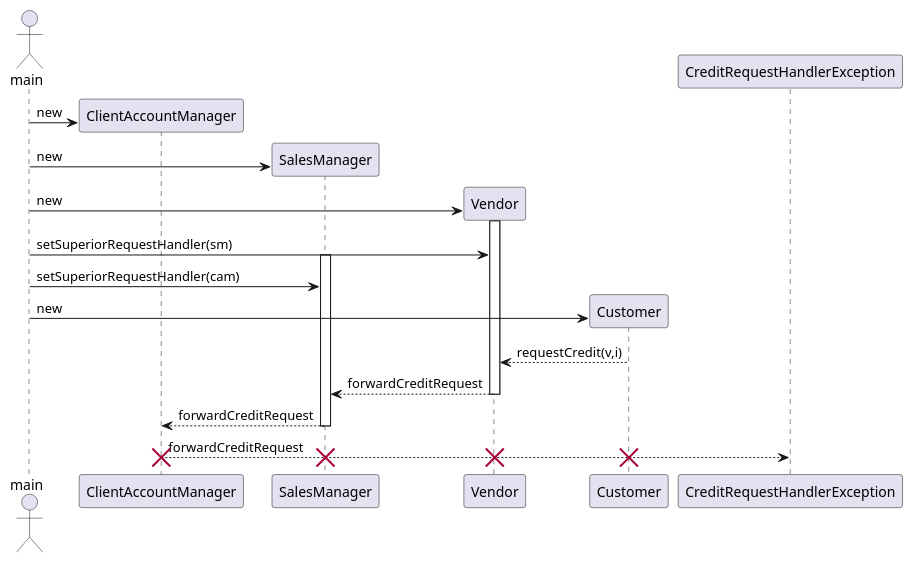
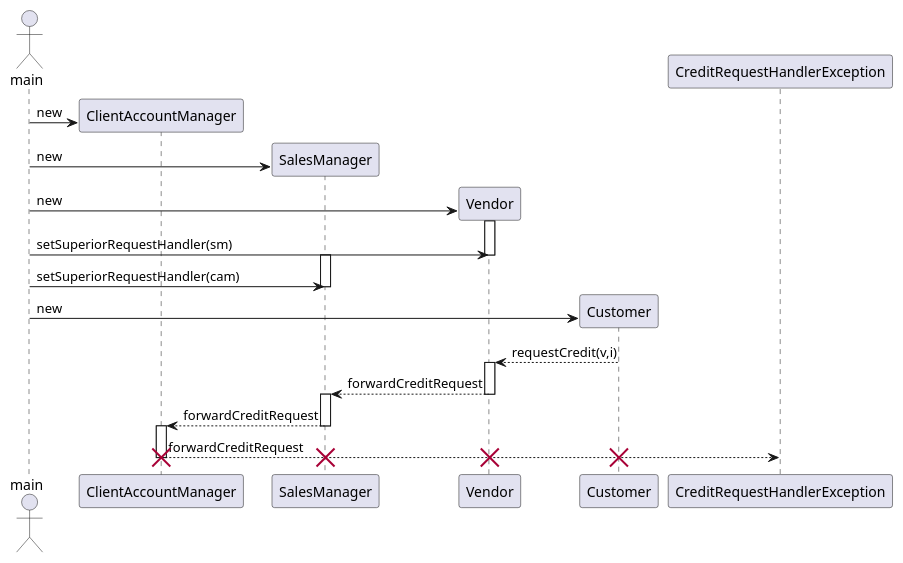
The diagram in ChainOfResponsibility/uml/SequenceDiagram.puml (BeqaKhaburdzania/FreeUni-SDP-2013-Lab-UML), drawn with PlantUML before and after one commit.

Commit message:
#13 update sequence diagram

```diff
--- a/ChainOfResponsibility/uml/SequenceDiagram.puml
+++ b/ChainOfResponsibility/uml/SequenceDiagram.puml
@@ -1,36 +1,41 @@
 @startuml
 	actor main
 
     create ClientAccountManager
     main -> ClientAccountManager : new
     
     create SalesManager
     main -> SalesManager : new
     
     create Vendor
     main -> Vendor : new
 
     activate Vendor
     main -> Vendor : setSuperiorRequestHandler(sm)
+    deactivate Vendor
     
     activate SalesManager
     main -> SalesManager : setSuperiorRequestHandler(cam)
-
+	deactivate SalesManager
+	
     create Customer
     main -> Customer : new
     
 	Customer --> Vendor : requestCredit(v,i)
 	deactivate Customer
+	
+	activate Vendor
 	Vendor --> SalesManager : forwardCreditRequest
 	deactivate Vendor
+	activate SalesManager
     SalesManager --> ClientAccountManager : forwardCreditRequest
     deactivate SalesManager
-    
+    activate ClientAccountManager
     ClientAccountManager --> CreditRequestHandlerException : forwardCreditRequest
     deactivate ClientAccountManager
     
     destroy Customer
     destroy Vendor
 	destroy SalesManager
     destroy ClientAccountManager
 @enduml
```
